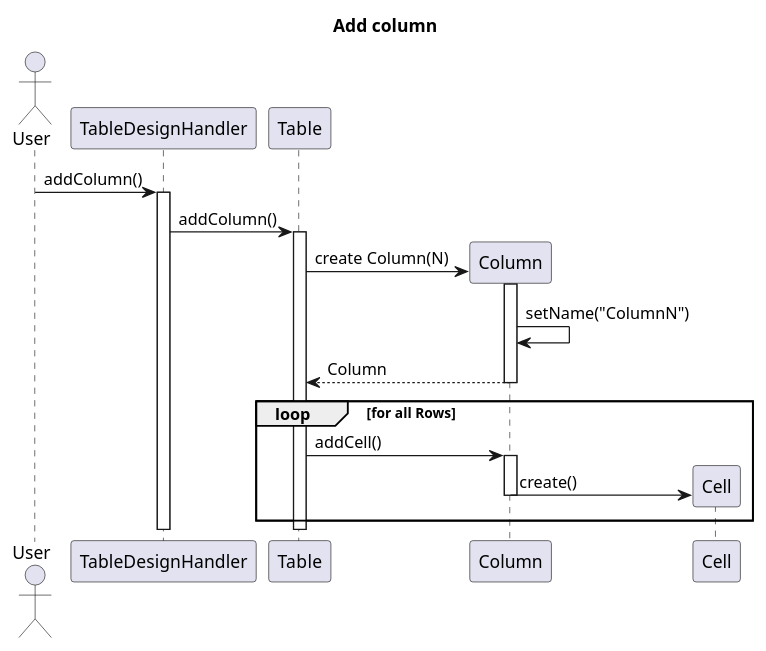
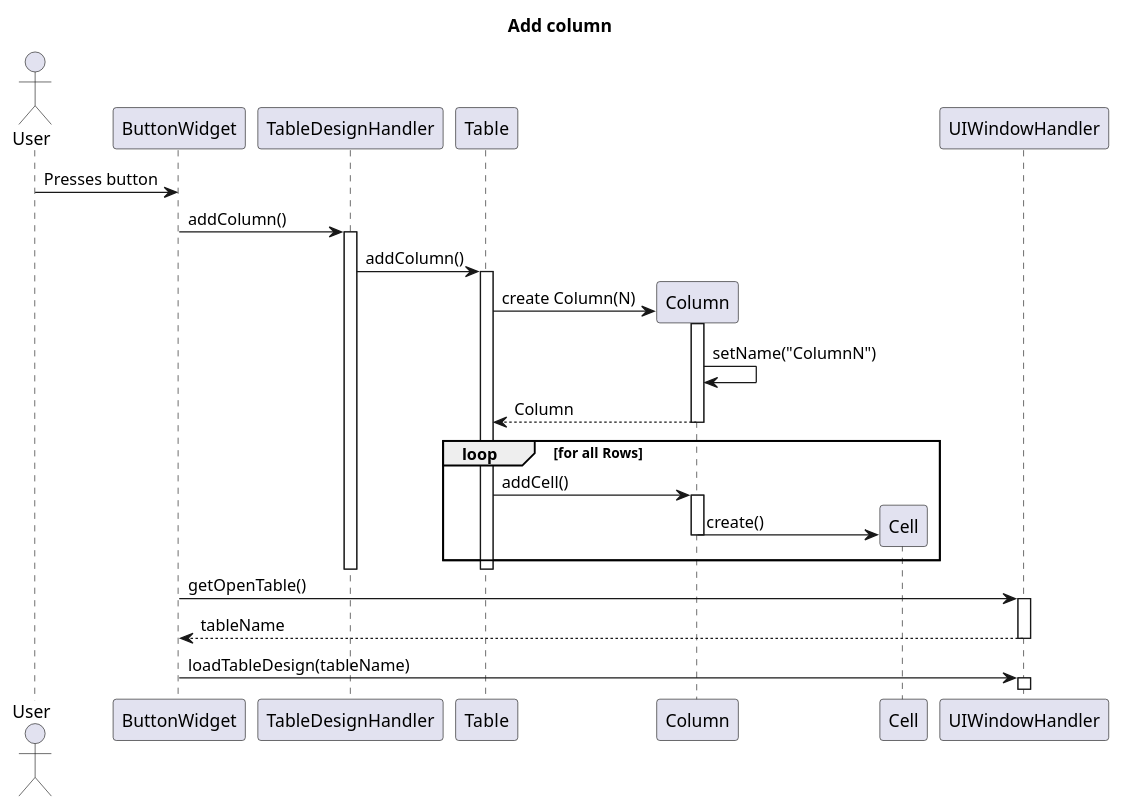
The diagram in diagrams/interactionDiagrams/addColumn.puml (Bhamoss/softwareOntwerpProject), drawn with PlantUML before and after one commit. The commit also changed 12 other files, not shown here.

Commit message:
diagrams

```diff
--- a/diagrams/interactionDiagrams/addColumn.puml
+++ b/diagrams/interactionDiagrams/addColumn.puml
@@ -1,24 +1,32 @@
 @startuml
 title Add column
 Actor User
 
-User -> TableDesignHandler: addColumn()
+User->ButtonWidget: Presses button
+ButtonWidget -> TableDesignHandler: addColumn()
 activate TableDesignHandler
 TableDesignHandler -> Table: addColumn()
 activate Table
 create Column
 Table -> Column: create Column(N)
 activate Column
 Column -> Column: setName("ColumnN")
 return Column
 loop for all Rows
     Table -> Column: addCell()
     activate Column
     create Cell
     Column -> Cell: create()
     deactivate Column
 end
 deactivate Table
 deactivate TableDesignHandler
+ButtonWidget -> UIWindowHandler: getOpenTable()
+activate UIWindowHandler
+ButtonWidget <-- UIWindowHandler: tableName
+deactivate
+ButtonWidget -> UIWindowHandler: loadTableDesign(tableName)
+
+activate UIWindowHandler
 
 @enduml
```
